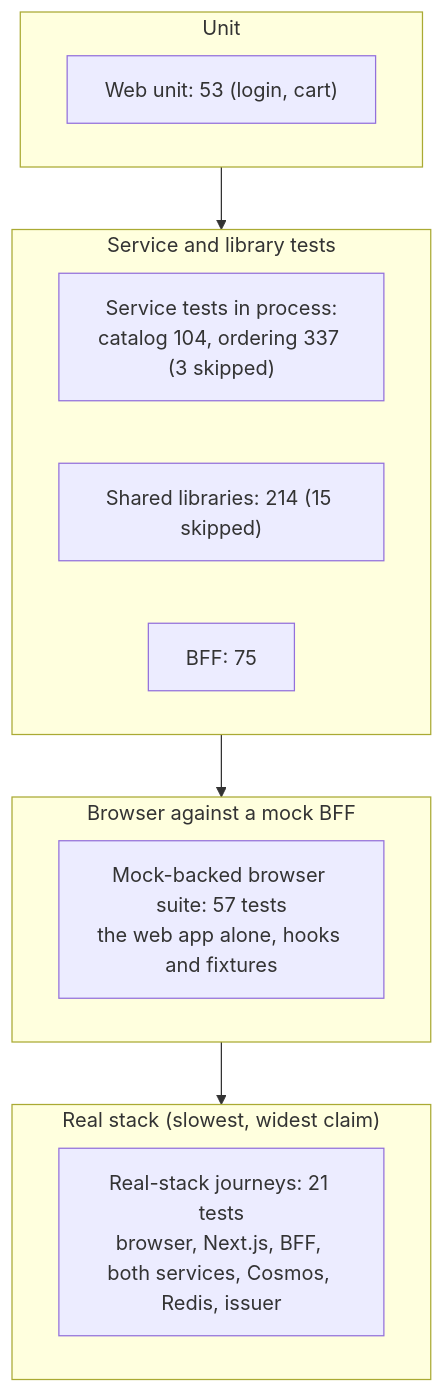
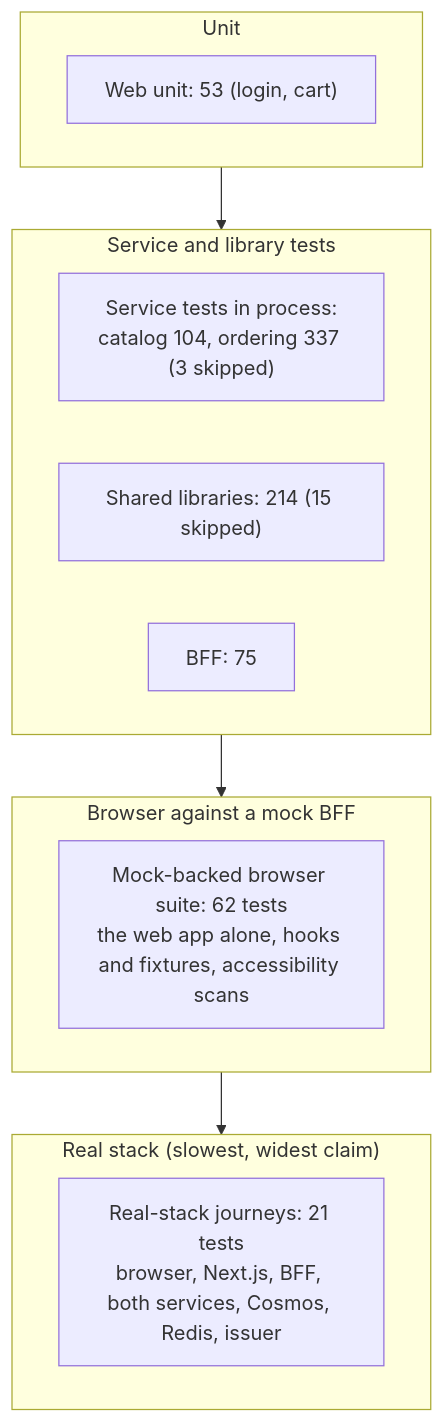
Before and after one commit to benjamin-hedrick/bakery-marketplace: the diagram in docs/process/test-strategy.md, drawn with Mermaid. The commit also changed other lines of this file and 14 other files, not shown here.

First line of the commit message:
Accessibility smoke with axe-core (5 scans); fixes for the document language and two page titles; WI-QA-001 done

````diff
--- a/docs/process/test-strategy.md
+++ b/docs/process/test-strategy.md
@@ -15,18 +15,18 @@
 ```mermaid
 flowchart TB
   subgraph L4["Real stack (slowest, widest claim)"]
     RS["Real-stack journeys: 21 tests<br/>browser, Next.js, BFF, both services, Cosmos, Redis, issuer"]
   end
   subgraph L3["Browser against a mock BFF"]
-    MB["Mock-backed browser suite: 57 tests<br/>the web app alone, hooks and fixtures"]
+    MB["Mock-backed browser suite: 62 tests<br/>the web app alone, hooks and fixtures, accessibility scans"]
   end
   subgraph L2["Service and library tests"]
     SV["Service tests in process:<br/>catalog 104, ordering 337 (3 skipped)"]
     LB["Shared libraries: 214 (15 skipped)"]
     BF["BFF: 75"]
   end
   subgraph L1["Unit"]
     WU["Web unit: 53 (login, cart)"]
   end
   L1 --> L2 --> L3 --> L4
 ```
````
